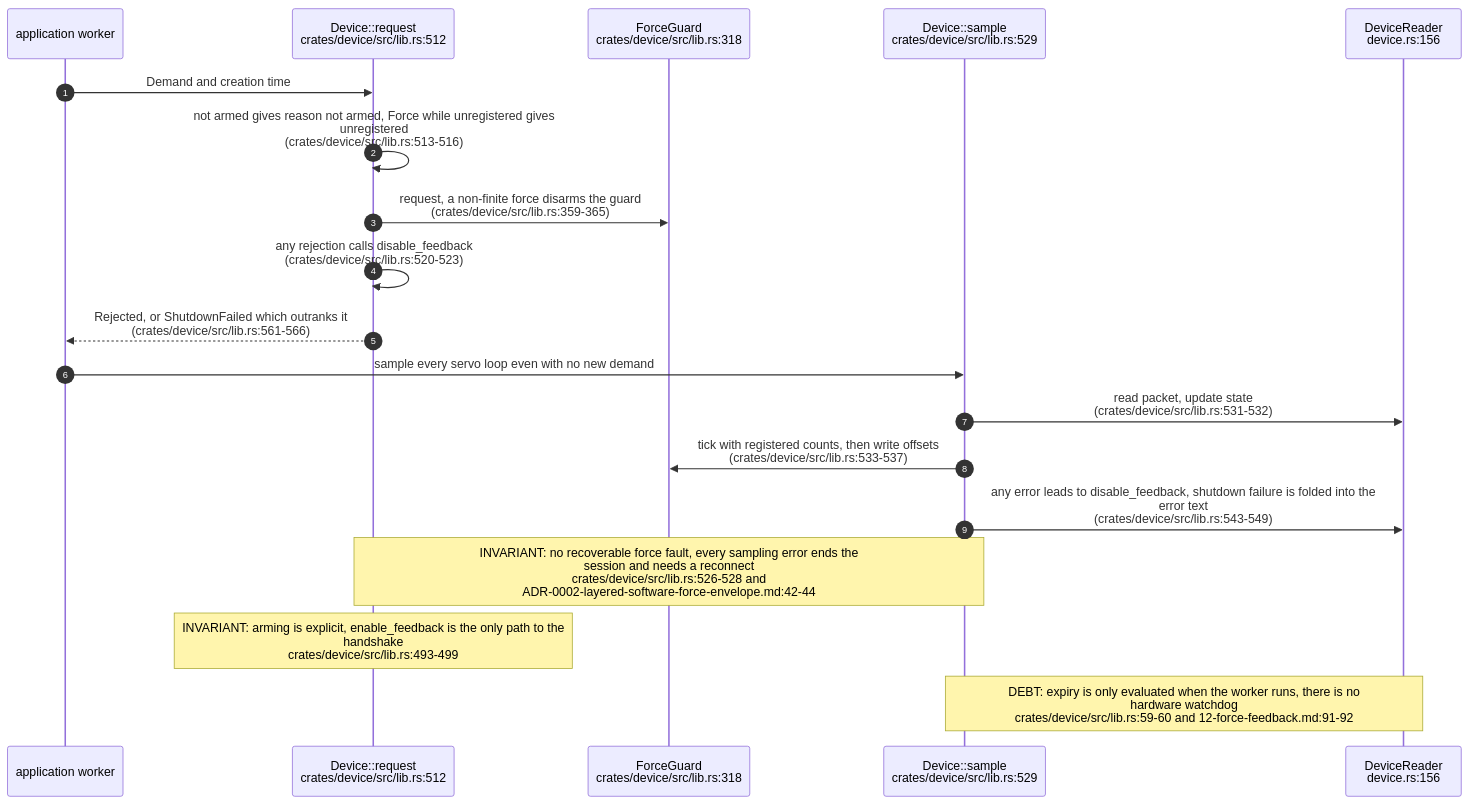
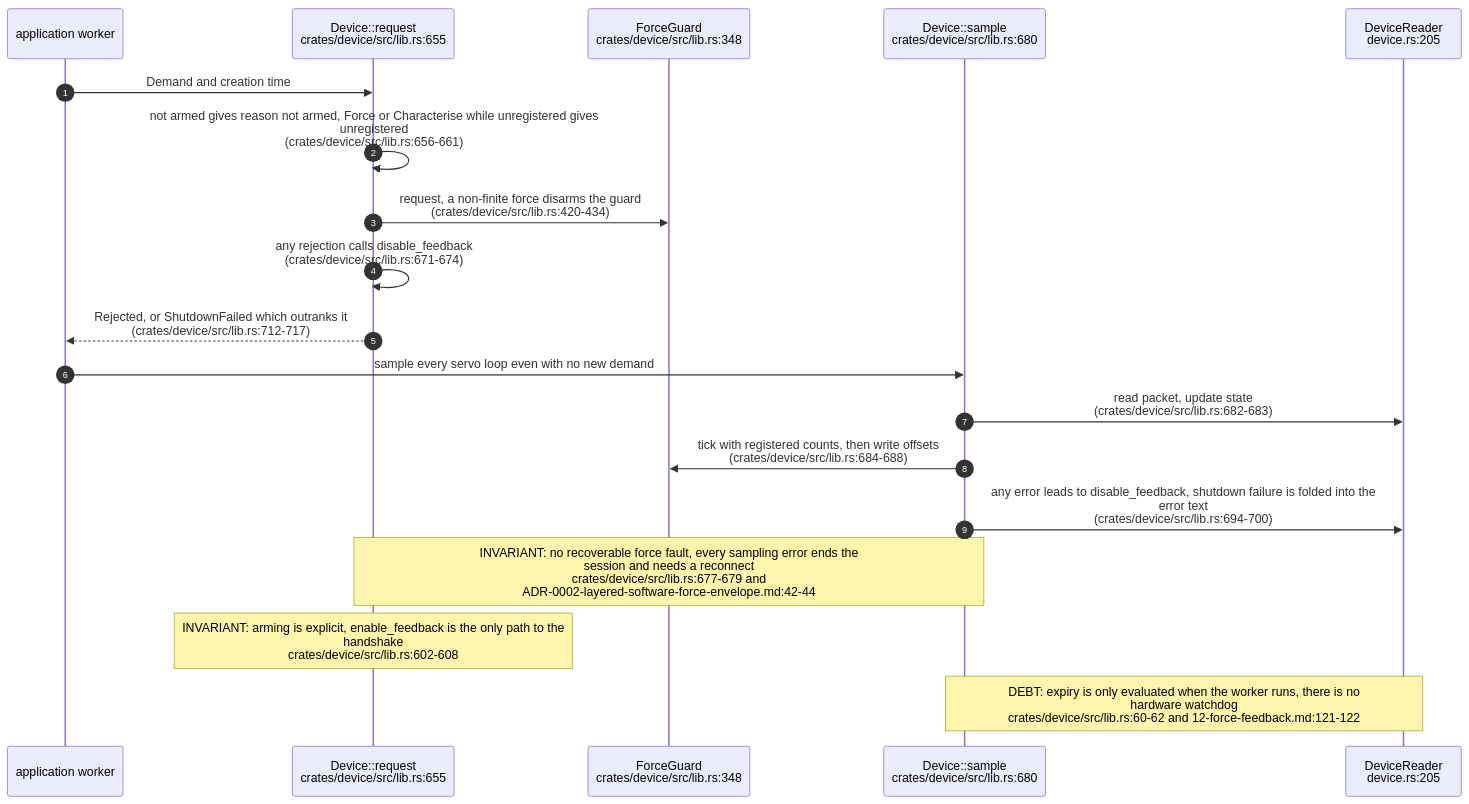
The fourth of 5 diagrams in docs/diagrams/visiontouch-rs/03-device-sdk-and-force-guard.md (DreamLab-AI/VisionFlow), drawn with Mermaid before and after one commit. The commit also changed other lines of this file and 36 other files, not shown here.

First line of the commit message:
docs(diagrams): re-derive and re-stamp agentbox, dream-engine, visioncraft, visiontouch and vowl topics; drop LAN addresses

````diff
--- a/docs/diagrams/visiontouch-rs/03-device-sdk-and-force-guard.md
+++ b/docs/diagrams/visiontouch-rs/03-device-sdk-and-force-guard.md
@@ -124,21 +124,21 @@
 ```mermaid
 sequenceDiagram
     autonumber
     participant AP as application worker
-    participant RQ as Device::request<br/>crates/device/src/lib.rs:512
-    participant GD as ForceGuard<br/>crates/device/src/lib.rs:318
-    participant SM as Device::sample<br/>crates/device/src/lib.rs:529
-    participant HL as DeviceReader<br/>device.rs:156
+    participant RQ as Device::request<br/>crates/device/src/lib.rs:655
+    participant GD as ForceGuard<br/>crates/device/src/lib.rs:348
+    participant SM as Device::sample<br/>crates/device/src/lib.rs:680
+    participant HL as DeviceReader<br/>device.rs:205
     AP->>RQ: Demand and creation time
-    RQ->>RQ: not armed gives reason not armed, Force while unregistered gives<br/>unregistered<br/>(crates/device/src/lib.rs:513-516)
-    RQ->>GD: request, a non-finite force disarms the guard<br/>(crates/device/src/lib.rs:359-365)
-    RQ->>RQ: any rejection calls disable_feedback<br/>(crates/device/src/lib.rs:520-523)
-    RQ-->>AP: Rejected, or ShutdownFailed which outranks it<br/>(crates/device/src/lib.rs:561-566)
+    RQ->>RQ: not armed gives reason not armed, Force or Characterise while unregistered gives<br/>unregistered<br/>(crates/device/src/lib.rs:656-661)
+    RQ->>GD: request, a non-finite force disarms the guard<br/>(crates/device/src/lib.rs:420-434)
+    RQ->>RQ: any rejection calls disable_feedback<br/>(crates/device/src/lib.rs:671-674)
+    RQ-->>AP: Rejected, or ShutdownFailed which outranks it<br/>(crates/device/src/lib.rs:712-717)
     AP->>SM: sample every servo loop even with no new demand
-    SM->>HL: read packet, update state<br/>(crates/device/src/lib.rs:531-532)
-    SM->>GD: tick with registered counts, then write offsets<br/>(crates/device/src/lib.rs:533-537)
-    SM->>HL: any error leads to disable_feedback, shutdown failure is folded into the<br/>error text<br/>(crates/device/src/lib.rs:543-549)
-    Note over RQ,SM: INVARIANT: no recoverable force fault, every sampling error ends the<br/>session and needs a reconnect<br/>crates/device/src/lib.rs:526-528 and<br/>ADR-0002-layered-software-force-envelope.md:42-44
-    Note over RQ: INVARIANT: arming is explicit, enable_feedback is the only path to the<br/>handshake<br/>crates/device/src/lib.rs:493-499
-    Note over SM,HL: DEBT: expiry is only evaluated when the worker runs, there is no<br/>hardware watchdog<br/>crates/device/src/lib.rs:59-60 and 12-force-feedback.md:91-92
+    SM->>HL: read packet, update state<br/>(crates/device/src/lib.rs:682-683)
+    SM->>GD: tick with registered counts, then write offsets<br/>(crates/device/src/lib.rs:684-688)
+    SM->>HL: any error leads to disable_feedback, shutdown failure is folded into the<br/>error text<br/>(crates/device/src/lib.rs:694-700)
+    Note over RQ,SM: INVARIANT: no recoverable force fault, every sampling error ends the<br/>session and needs a reconnect<br/>crates/device/src/lib.rs:677-679 and<br/>ADR-0002-layered-software-force-envelope.md:42-44
+    Note over RQ: INVARIANT: arming is explicit, enable_feedback is the only path to the<br/>handshake<br/>crates/device/src/lib.rs:602-608
+    Note over SM,HL: DEBT: expiry is only evaluated when the worker runs, there is no<br/>hardware watchdog<br/>crates/device/src/lib.rs:60-62 and 12-force-feedback.md:121-122
 ```
````
